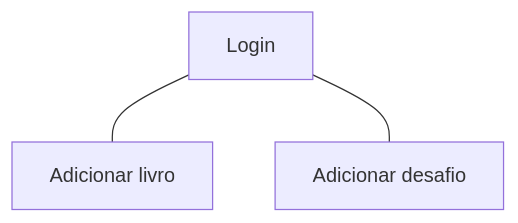
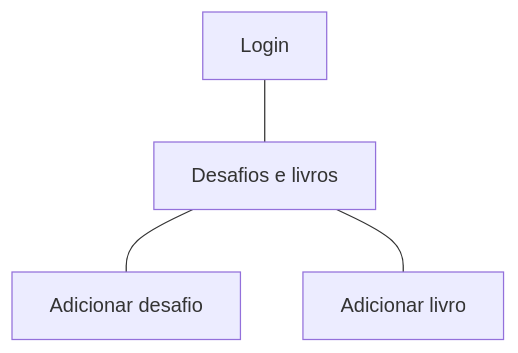
Before and after one commit to tads-cnat/pratiler: the second of 2 diagrams in doc/prototipos/prototipos.md, drawn with Mermaid.

````diff
--- a/doc/prototipos/prototipos.md
+++ b/doc/prototipos/prototipos.md
@@ -32,5 +32,6 @@
 ```mermaid
 flowchart TD
-1[Login] --- 2[Adicionar livro]
-1 --- 3[Adicionar desafio]
+1[Login] --- 2[Desafios e livros]
+2 --- 3[Adicionar desafio]
+2 --- 4[Adicionar livro]
 ```
````
